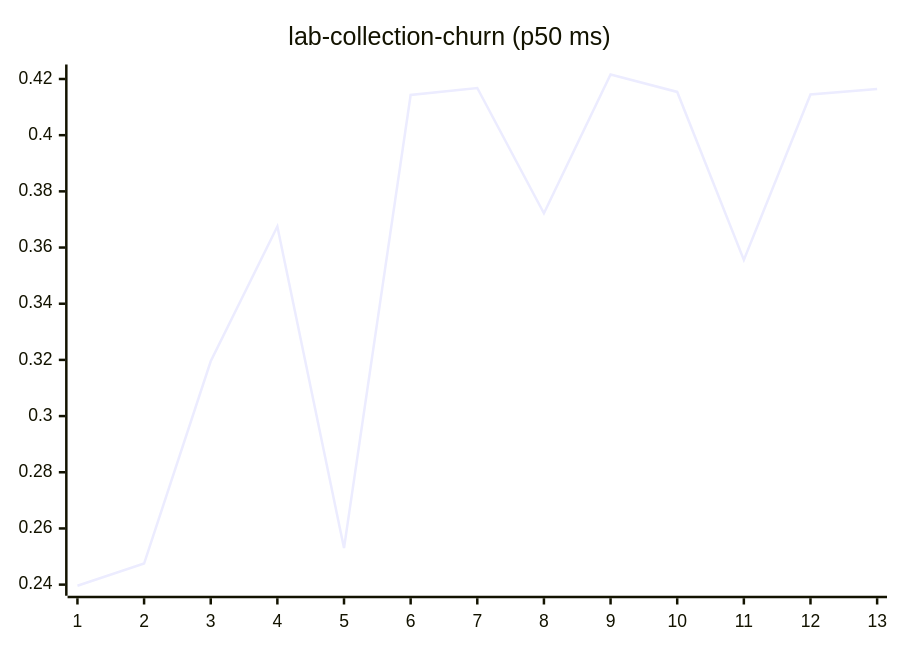
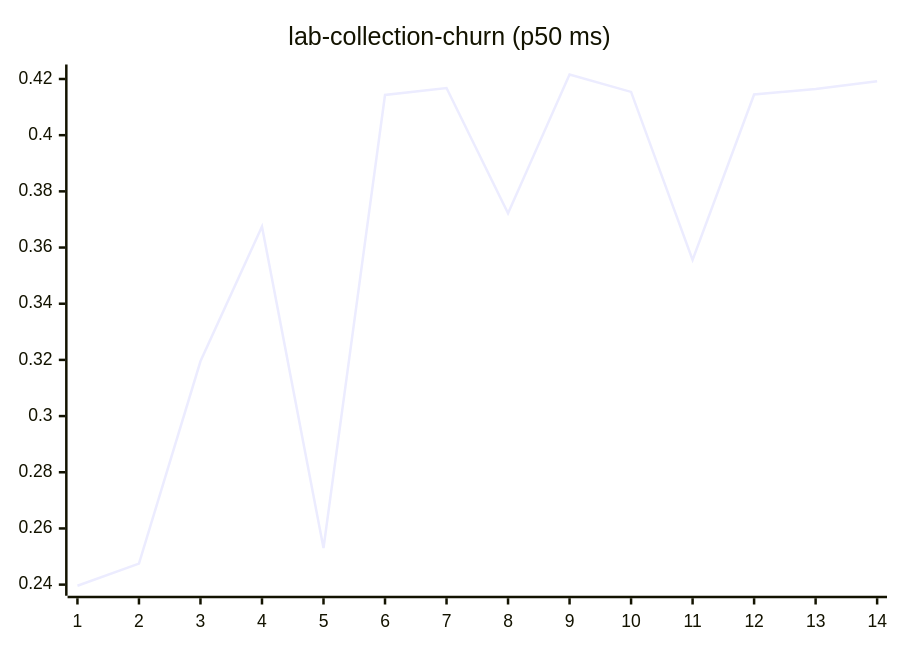
One commit to josha/Facet changed diagram 11 of 27 in README.md. Above: the diagram before and after it, drawn with Mermaid. The commit also changed other lines of this file and 2 other files, not shown here.

````diff
--- a/README.md
+++ b/README.md
@@ -133,6 +133,6 @@
 ```mermaid
 xychart-beta
     title "lab-collection-churn (p50 ms)"
-    x-axis 1 --> 13
-    line [0.2396, 0.2475, 0.3195, 0.3675, 0.2530, 0.4143, 0.4168, 0.3722, 0.4216, 0.4154, 0.3556, 0.4145, 0.4164]
+    x-axis 1 --> 14
+    line [0.2396, 0.2475, 0.3195, 0.3675, 0.2530, 0.4143, 0.4168, 0.3722, 0.4216, 0.4154, 0.3556, 0.4145, 0.4164, 0.4192]
 ```
````
